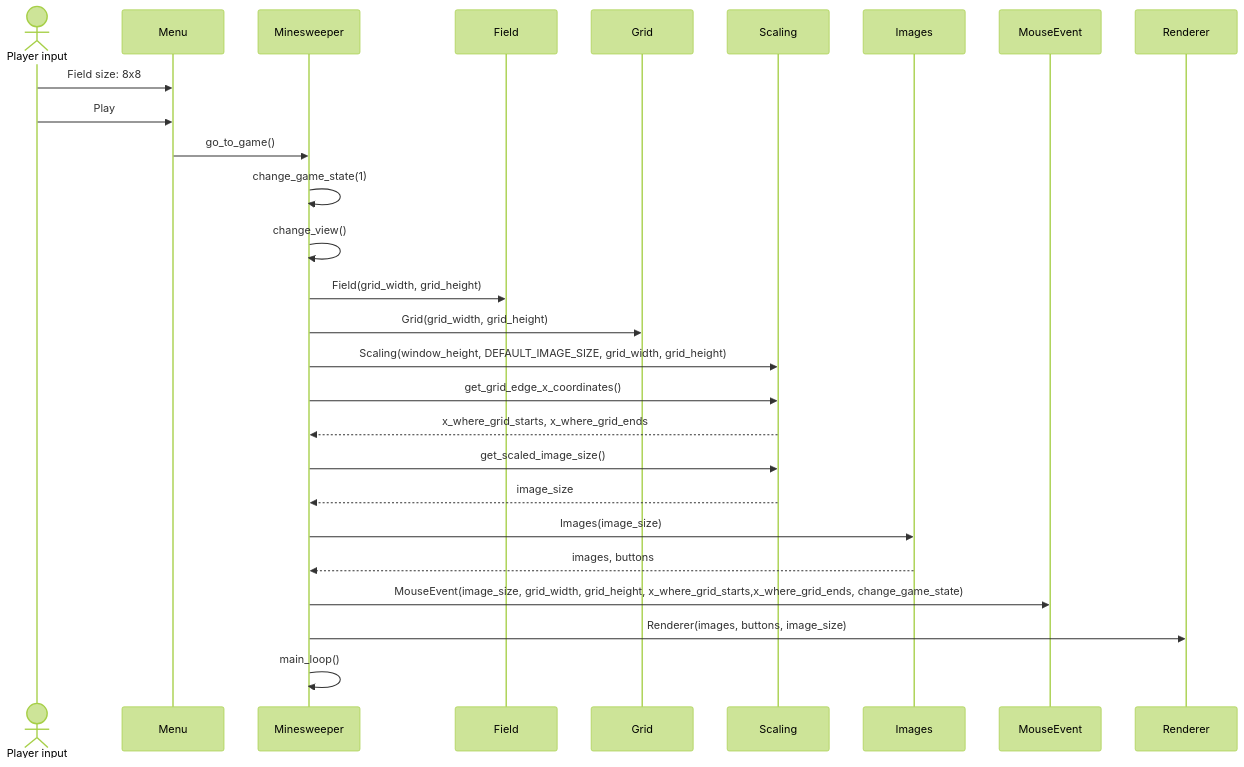
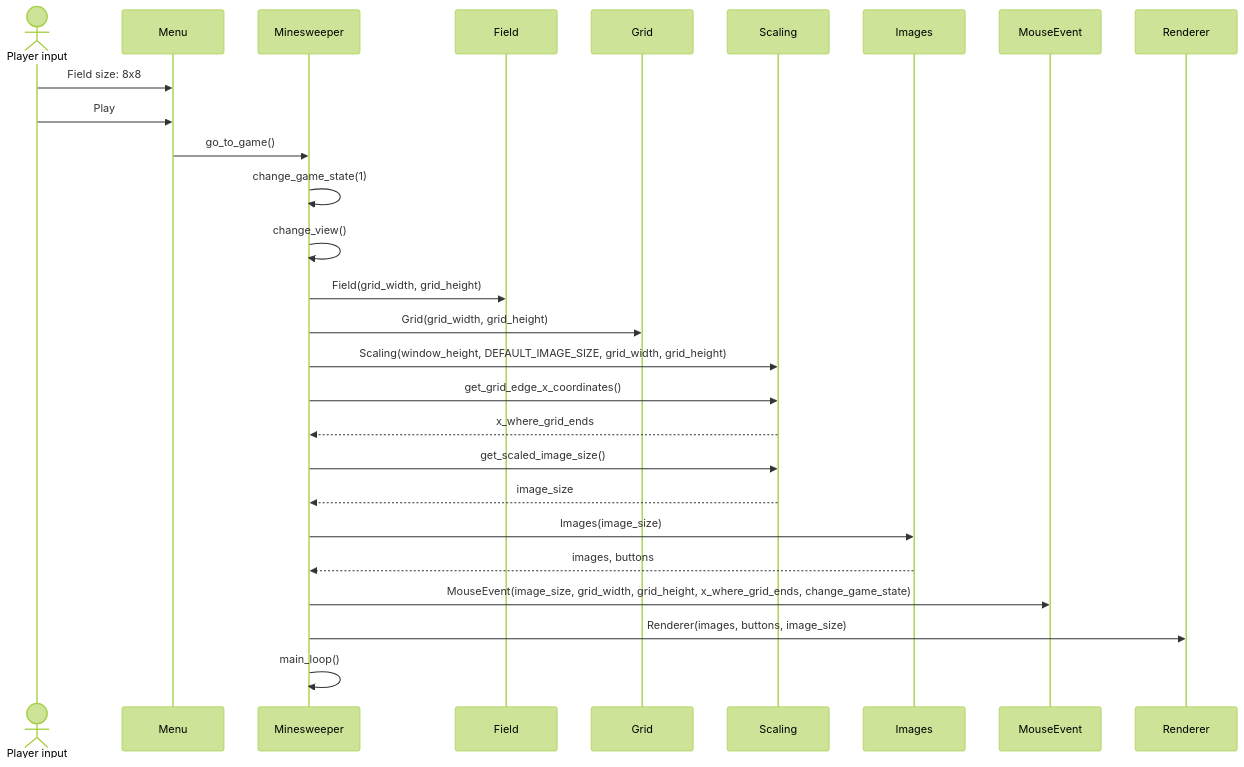
Before and after one commit to thefakejj/Minesweeper: the second of 6 diagrams in documentation/arkkitehtuurikuvaus.md, drawn with Mermaid (forest theme). The commit also changed other lines of this file and 15 other files, not shown here.

````diff
--- a/documentation/arkkitehtuurikuvaus.md
+++ b/documentation/arkkitehtuurikuvaus.md
@@ -86,24 +86,24 @@
 ```mermaid
 sequenceDiagram
   actor Player input
 
   Player input->>Menu: Field size: 8x8
   Player input->>Menu: Play
   Menu->>Minesweeper: go_to_game()
   Minesweeper->>Minesweeper: change_game_state(1)
   Minesweeper->>Minesweeper: change_view()
 
   Minesweeper->>Field: Field(grid_width, grid_height)
   Minesweeper->>Grid: Grid(grid_width, grid_height)
   Minesweeper->>Scaling: Scaling(window_height, DEFAULT_IMAGE_SIZE, grid_width, grid_height)
   Minesweeper->>Scaling: get_grid_edge_x_coordinates()
-  Scaling-->>Minesweeper: x_where_grid_starts, x_where_grid_ends
+  Scaling-->>Minesweeper: x_where_grid_ends
   Minesweeper->>Scaling: get_scaled_image_size()
   Scaling-->>Minesweeper: image_size
   Minesweeper->>Images: Images(image_size)
   Images-->>Minesweeper: images, buttons
-  Minesweeper->>MouseEvent: MouseEvent(image_size, grid_width, grid_height, x_where_grid_starts,x_where_grid_ends, change_game_state)
+  Minesweeper->>MouseEvent: MouseEvent(image_size, grid_width, grid_height, x_where_grid_ends, change_game_state)
   Minesweeper->>Renderer: Renderer(images, buttons, image_size)
   Minesweeper->>Minesweeper: main_loop()
 
 ```
````
